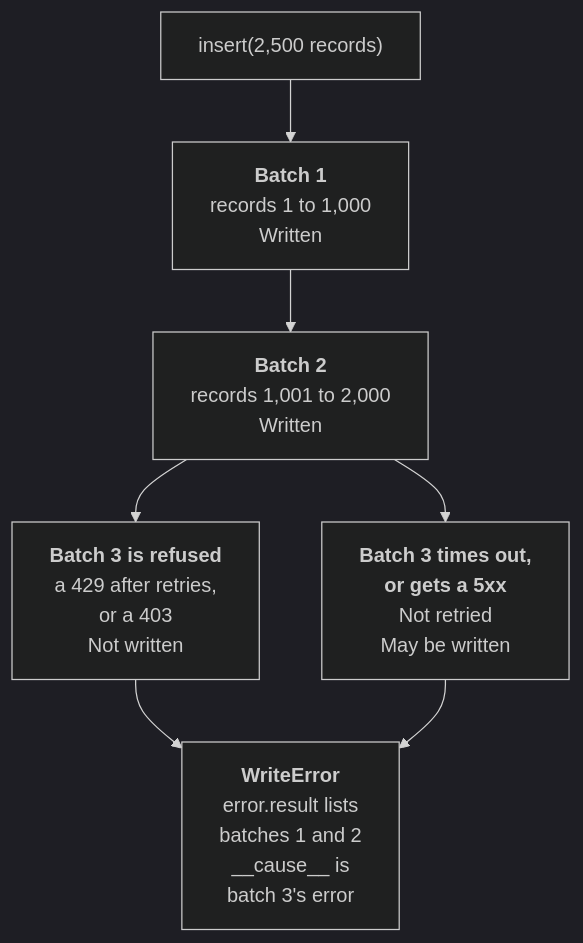
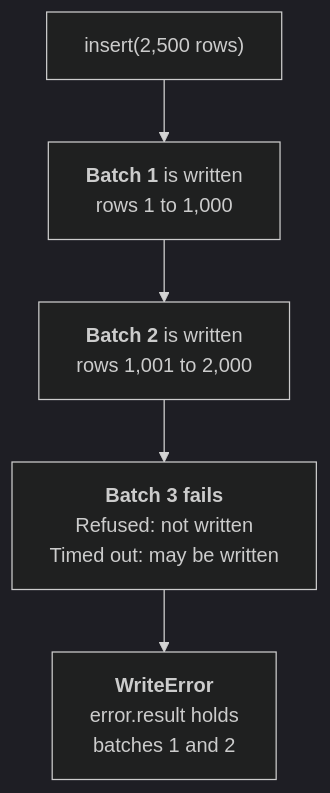
One commit to matthew-williams-solutions/pyquickbase changed the diagram in docs/guides/writing.md. Above: the diagram before and after it, drawn with Mermaid (dark theme). The commit also changed 8 other files, not shown here.

First line of the commit message:
Simplify the docs diagrams, and add overviews of how a policy works

````diff
--- a/docs/guides/writing.md
+++ b/docs/guides/writing.md
@@ -235,9 +235,7 @@
 ```mermaid
 flowchart TD
-    I["insert(2,500 records)"] --> B1["<b>Batch 1</b><br/>records 1 to 1,000<br/>Written"]
-    B1 --> B2["<b>Batch 2</b><br/>records 1,001 to 2,000<br/>Written"]
-    B2 --> R["<b>Batch 3 is refused</b><br/>a 429 after retries,<br/>or a 403<br/>Not written"]
-    B2 --> T["<b>Batch 3 times out,<br/>or gets a 5xx</b><br/>Not retried<br/>May be written"]
-    R --> E["<b>WriteError</b><br/>error.result lists<br/>batches 1 and 2<br/>__cause__ is<br/>batch 3's error"]
-    T --> E
+    I["insert(2,500 rows)"] --> B1["<b>Batch 1</b> is written<br/>rows 1 to 1,000"]
+    B1 --> B2["<b>Batch 2</b> is written<br/>rows 1,001 to 2,000"]
+    B2 --> B3["<b>Batch 3 fails</b><br/>Refused: not written<br/>Timed out: may be written"]
+    B3 --> E["<b>WriteError</b><br/>error.result holds<br/>batches 1 and 2"]
 ```
````
